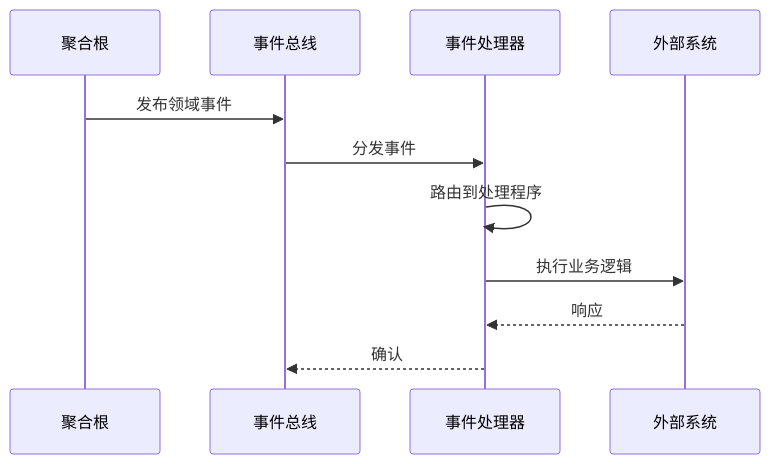
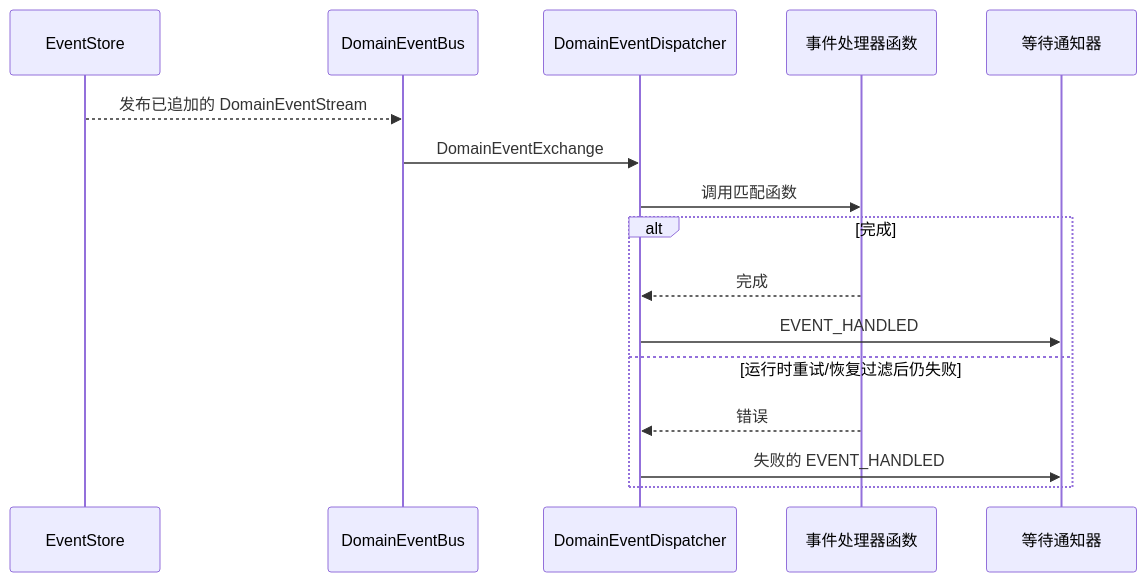
One commit to Ahoo-Wang/Wow changed the second of 2 diagrams in documentation/docs/zh/guide/event-processor.md. Above: the diagram before and after it, drawn with Mermaid. The commit also changed other lines of this file and 166 other files, not shown here.

````diff
--- a/documentation/docs/zh/guide/event-processor.md
+++ b/documentation/docs/zh/guide/event-processor.md
@@ -130,15 +100,19 @@
 ```mermaid
 sequenceDiagram
-    participant AR as 聚合根
-    participant EB as 事件总线
-    participant EP as 事件处理器
-    participant Ext as 外部系统
-    
-    AR->>EB: 发布领域事件
-    EB->>EP: 分发事件
-    EP->>EP: 路由到处理程序
-    EP->>Ext: 执行业务逻辑
-    Ext-->>EP: 响应
-    EP-->>EB: 确认
+    participant E as EventStore
+    participant B as DomainEventBus
+    participant D as DomainEventDispatcher
+    participant P as 事件处理器函数
+    participant W as 等待通知器
 
+    E-->>B: 发布已追加的 DomainEventStream
+    B->>D: DomainEventExchange
+    D->>P: 调用匹配函数
+    alt 完成
+        P-->>D: 完成
+        D->>W: EVENT_HANDLED
+    else 运行时重试/恢复过滤后仍失败
+        P-->>D: 错误
+        D->>W: 失败的 EVENT_HANDLED
+    end
 ```
````
